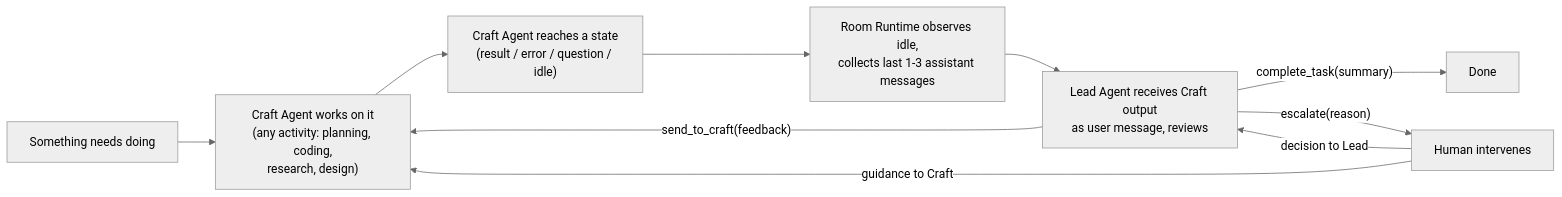
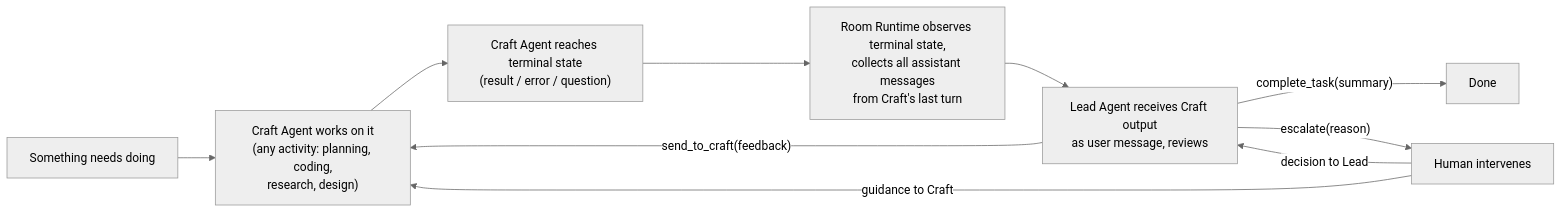
The first of 7 diagrams in docs/design/room-runtime-spec.md (lsm/neokai), drawn with Mermaid (neutral theme) before and after one commit. The commit also changed other lines of this file, not shown here.

First line of the commit message:
docs: update room runtime spec to v0.5 — resolve review gaps

````diff
--- a/docs/design/room-runtime-spec.md
+++ b/docs/design/room-runtime-spec.md
@@ -32,12 +32,12 @@
 ```mermaid
 graph LR
     A[Something needs doing] --> B["Craft Agent works on it<br/>(any activity: planning, coding,<br/>research, design)"]
-    B --> C["Craft Agent reaches a state<br/>(result / error / question / idle)"]
-    C --> D["Room Runtime observes idle,<br/>collects last 1-3 assistant messages"]
+    B --> C["Craft Agent reaches terminal state<br/>(result / error / question)"]
+    C --> D["Room Runtime observes terminal state,<br/>collects all assistant messages<br/>from Craft's last turn"]
     D --> E["Lead Agent receives Craft output<br/>as user message, reviews"]
     E -->|"send_to_craft(feedback)"| B
     E -->|"complete_task(summary)"| F[Done]
     E -->|"escalate(reason)"| G[Human intervenes]
     G -->|guidance to Craft| B
     G -->|decision to Lead| E
 ```
````
